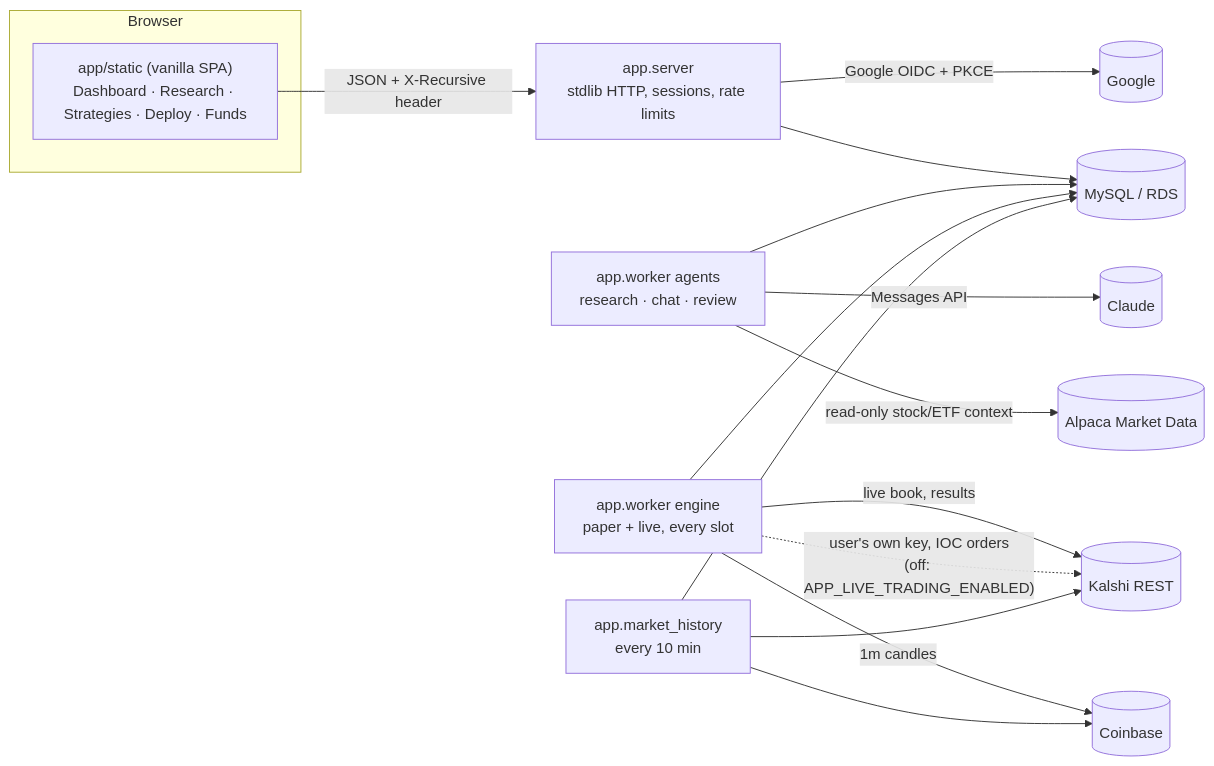
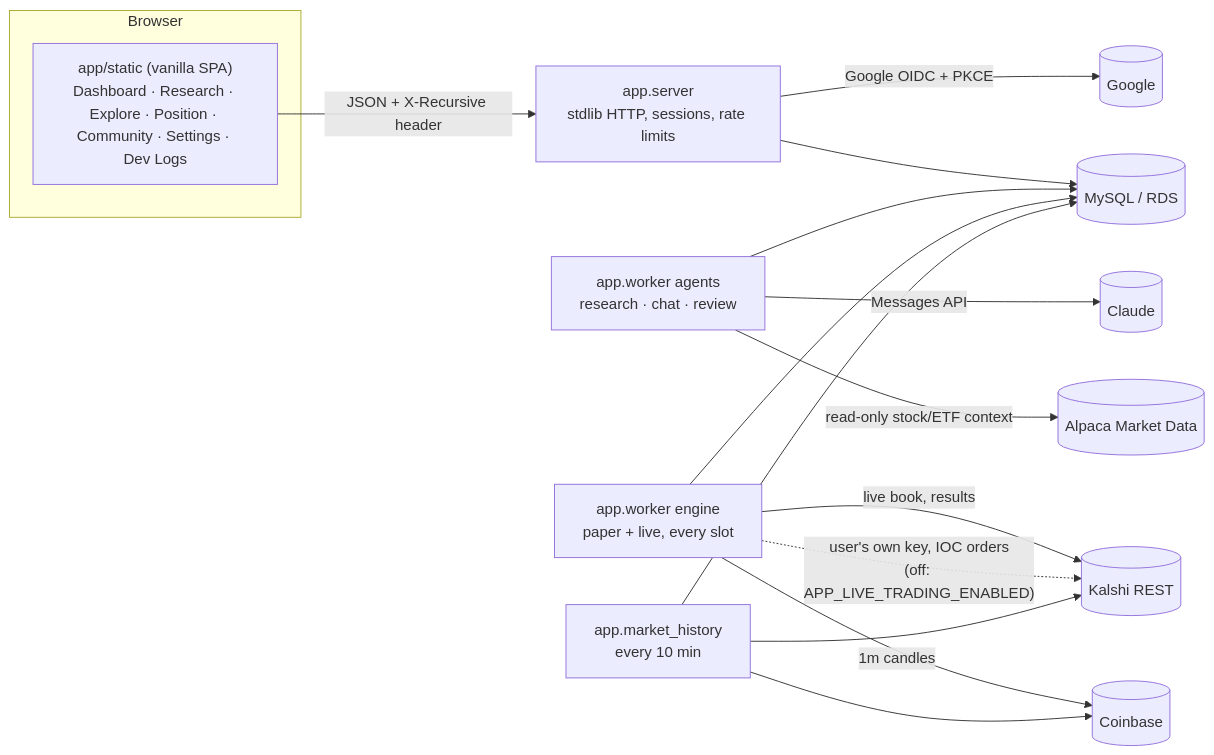
One commit to JihuiTanUchicago/kalshi_trade changed the first of 2 diagrams in kalshi_trade_infra/app/README.md. Above: the diagram before and after it, drawn with Mermaid. The commit also changed other lines of this file and 68 other files, not shown here.

````diff
--- a/kalshi_trade_infra/app/README.md
+++ b/kalshi_trade_infra/app/README.md
@@ -83,19 +630,19 @@
 ```mermaid
 flowchart LR
   subgraph Browser
-    SPA["app/static (vanilla SPA)<br/>Dashboard · Research · Strategies · Deploy · Funds"]
+    SPA["app/static (vanilla SPA)<br/>Dashboard · Research · Explore · Position · Community · Settings · Dev Logs"]
   end
   SPA -- "JSON + X-Recursive header" --> WEB["app.server<br/>stdlib HTTP, sessions, rate limits"]
   WEB -- "Google OIDC + PKCE" --> G[(Google)]
   WEB --> DB[(MySQL / RDS)]
   AG["app.worker agents<br/>research · chat · review"] --> DB
   AG -- "Messages API" --> C[(Claude)]
   AG -- "read-only stock/ETF context" --> AL[(Alpaca Market Data)]
   EN["app.worker engine<br/>paper + live, every slot"] --> DB
   EN -- "live book, results" --> K[(Kalshi REST)]
   EN -- "1m candles" --> CB[(Coinbase)]
   EN -. "user's own key, IOC orders<br/>(off: APP_LIVE_TRADING_ENABLED)" .-> K
   HI["app.market_history<br/>every 10 min"] --> DB
   HI --> K
   HI --> CB
 ```
````
